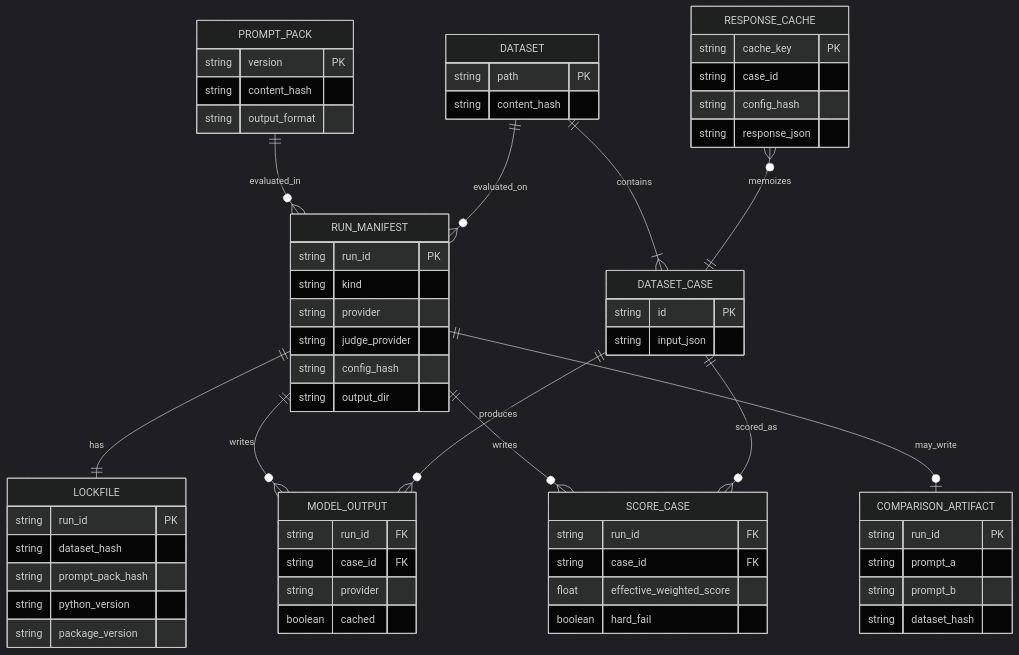
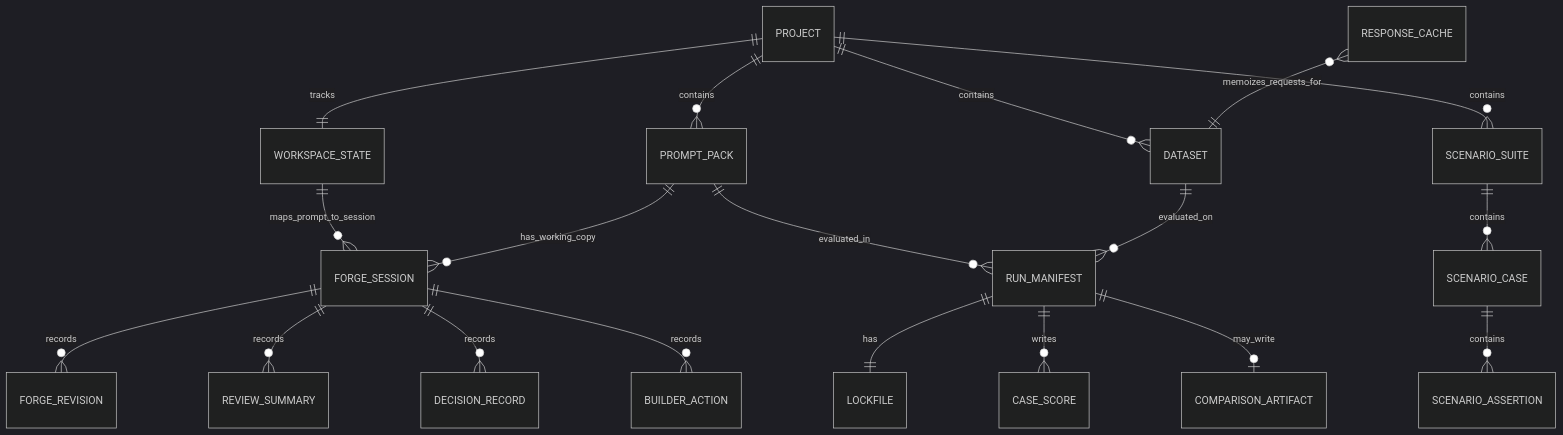
One commit to MikesHorcrux/PromptForge changed the second of 3 diagrams in docs/data-model.md. Above: the diagram before and after it, drawn with Mermaid (dark theme). The commit also changed other lines of this file and 18 other files, not shown here.

Commit message:
Overhaul PromptForge documentation set

````diff
--- a/docs/data-model.md
+++ b/docs/data-model.md
@@ -74,74 +52,21 @@
 ```mermaid
 erDiagram
-  PROMPT_PACK {
-    string version PK
-    string content_hash
-    string output_format
-  }
-
-  DATASET {
-    string path PK
-    string content_hash
-  }
-
-  DATASET_CASE {
-    string id PK
-    string input_json
-  }
-
-  RUN_MANIFEST {
-    string run_id PK
-    string kind
-    string provider
-    string judge_provider
-    string config_hash
-    string output_dir
-  }
-
-  LOCKFILE {
-    string run_id PK
-    string dataset_hash
-    string prompt_pack_hash
-    string python_version
-    string package_version
-  }
-
-  MODEL_OUTPUT {
-    string run_id FK
-    string case_id FK
-    string provider
-    boolean cached
-  }
-
-  SCORE_CASE {
-    string run_id FK
-    string case_id FK
-    float effective_weighted_score
-    boolean hard_fail
-  }
-
-  COMPARISON_ARTIFACT {
-    string run_id PK
-    string prompt_a
-    string prompt_b
-    string dataset_hash
-  }
-
-  RESPONSE_CACHE {
-    string cache_key PK
-    string case_id
-    string config_hash
-    string response_json
-  }
-
-  DATASET ||--|{ DATASET_CASE : contains
+  PROJECT ||--o{ PROMPT_PACK : contains
+  PROJECT ||--o{ DATASET : contains
+  PROJECT ||--o{ SCENARIO_SUITE : contains
+  PROJECT ||--|| WORKSPACE_STATE : tracks
+  WORKSPACE_STATE ||--o{ FORGE_SESSION : maps_prompt_to_session
+  PROMPT_PACK ||--o{ FORGE_SESSION : has_working_copy
   PROMPT_PACK ||--o{ RUN_MANIFEST : evaluated_in
   DATASET ||--o{ RUN_MANIFEST : evaluated_on
   RUN_MANIFEST ||--|| LOCKFILE : has
-  RUN_MANIFEST ||--o{ MODEL_OUTPUT : writes
-  RUN_MANIFEST ||--o{ SCORE_CASE : writes
+  RUN_MANIFEST ||--o{ CASE_SCORE : writes
   RUN_MANIFEST ||--o| COMPARISON_ARTIFACT : may_write
-  DATASET_CASE ||--o{ MODEL_OUTPUT : produces
-  DATASET_CASE ||--o{ SCORE_CASE : scored_as
-  RESPONSE_CACHE }o--|| DATASET_CASE : memoizes
+  FORGE_SESSION ||--o{ FORGE_REVISION : records
+  FORGE_SESSION ||--o{ REVIEW_SUMMARY : records
+  FORGE_SESSION ||--o{ DECISION_RECORD : records
+  FORGE_SESSION ||--o{ BUILDER_ACTION : records
+  SCENARIO_SUITE ||--o{ SCENARIO_CASE : contains
+  SCENARIO_CASE ||--o{ SCENARIO_ASSERTION : contains
+  RESPONSE_CACHE }o--|| DATASET : memoizes_requests_for
 ```
````
